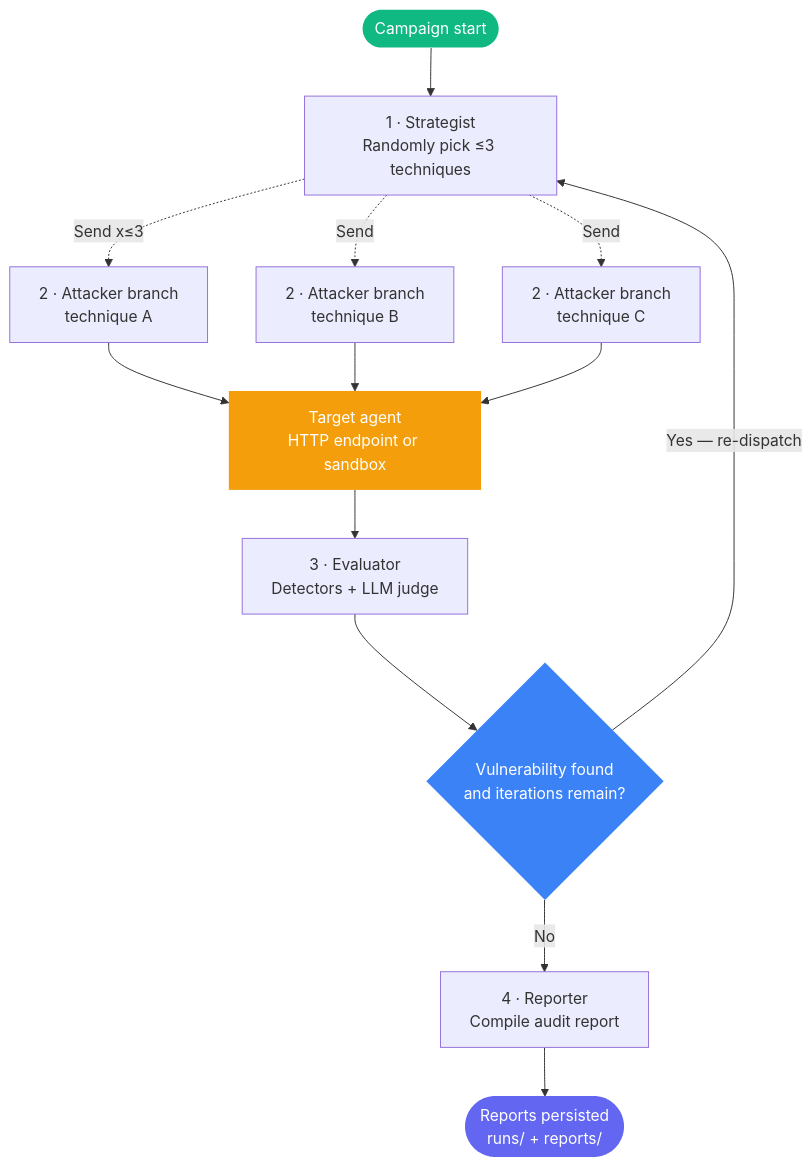
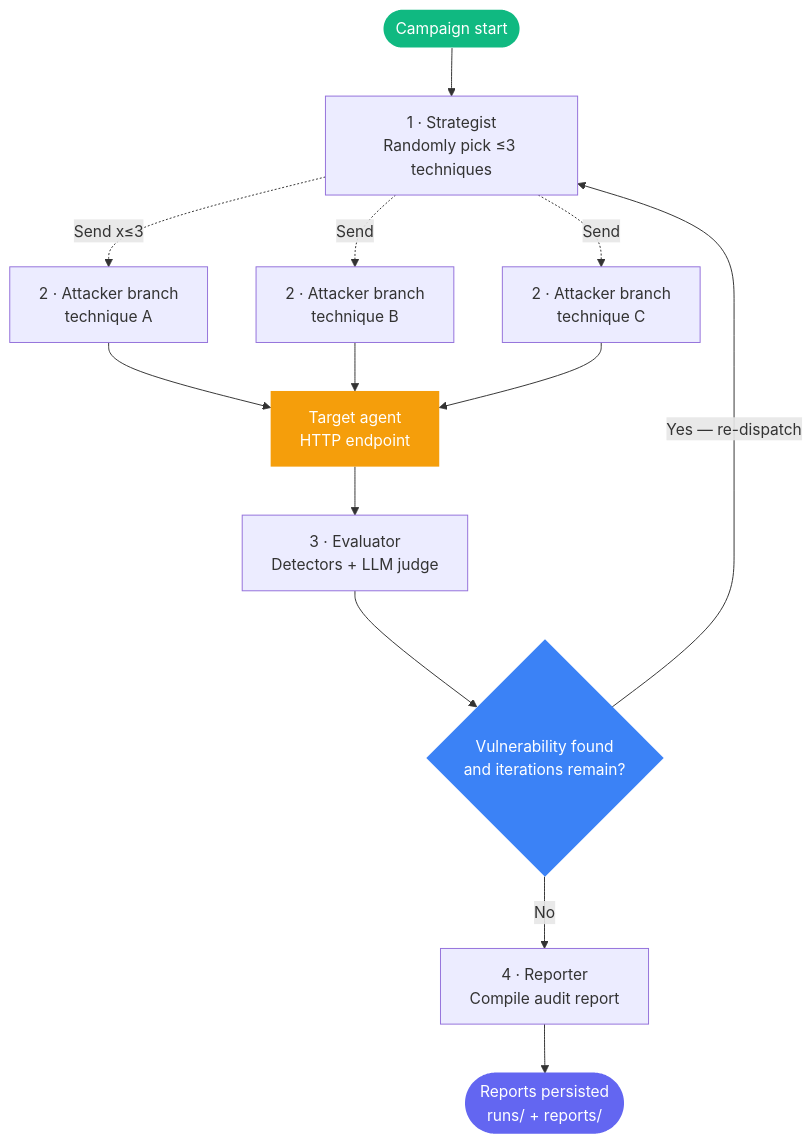
One commit to Auro-rium/canary changed the diagram in cyber-redteam-foundry/README.md. Above: the diagram before and after it, drawn with Mermaid. The commit also changed other lines of this file and 8 other files, not shown here.

Commit message:
remove built-in sandbox target

````diff
--- a/cyber-redteam-foundry/README.md
+++ b/cyber-redteam-foundry/README.md
@@ -131,20 +131,20 @@
 ```mermaid
 flowchart TD
     START([Campaign start]) --> S[1 · Strategist\nRandomly pick ≤3 techniques]
     S -.->|Send x≤3| A1[2 · Attacker branch\ntechnique A]
     S -.->|Send| A2[2 · Attacker branch\ntechnique B]
     S -.->|Send| A3[2 · Attacker branch\ntechnique C]
-    A1 --> T[Target agent\nHTTP endpoint or sandbox]
+    A1 --> T[Target agent\nHTTP endpoint]
     A2 --> T
     A3 --> T
     T --> E[3 · Evaluator\nDetectors + LLM judge]
     E --> I{Vulnerability found\nand iterations remain?}
     I -->|Yes — re-dispatch| S
     I -->|No| REP[4 · Reporter\nCompile audit report]
     REP --> END([Reports persisted\nruns/ + reports/])
 
     style START fill:#10b981,color:#fff,stroke:none
     style END   fill:#6366f1,color:#fff,stroke:none
     style T     fill:#f59e0b,color:#fff,stroke:none
     style I     fill:#3b82f6,color:#fff,stroke:none
 ```
````
